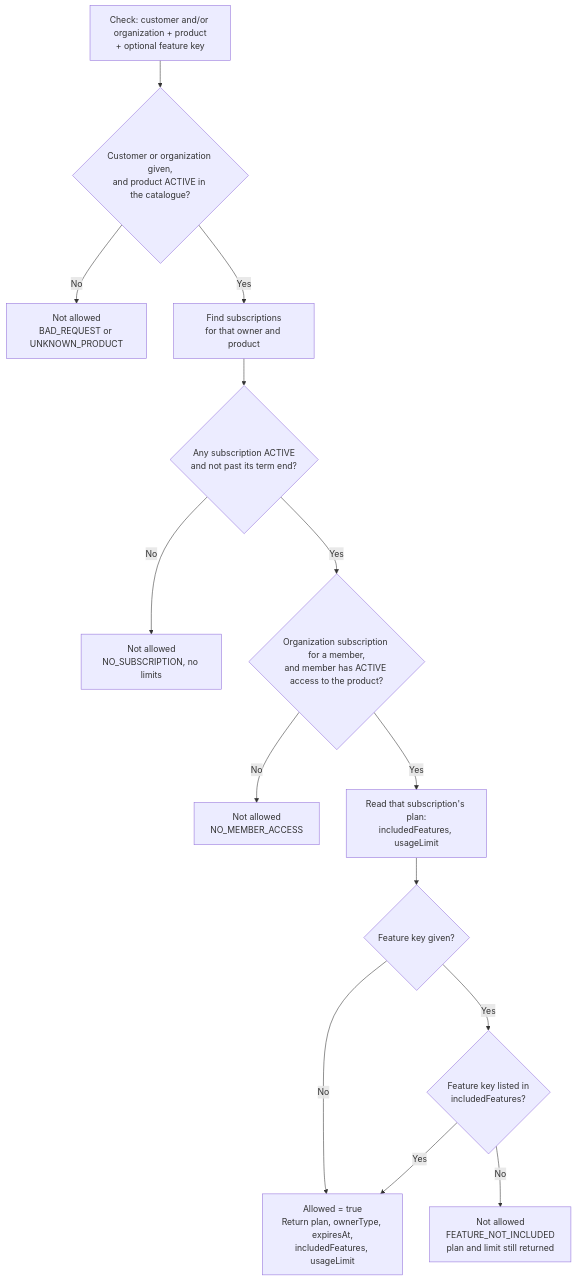
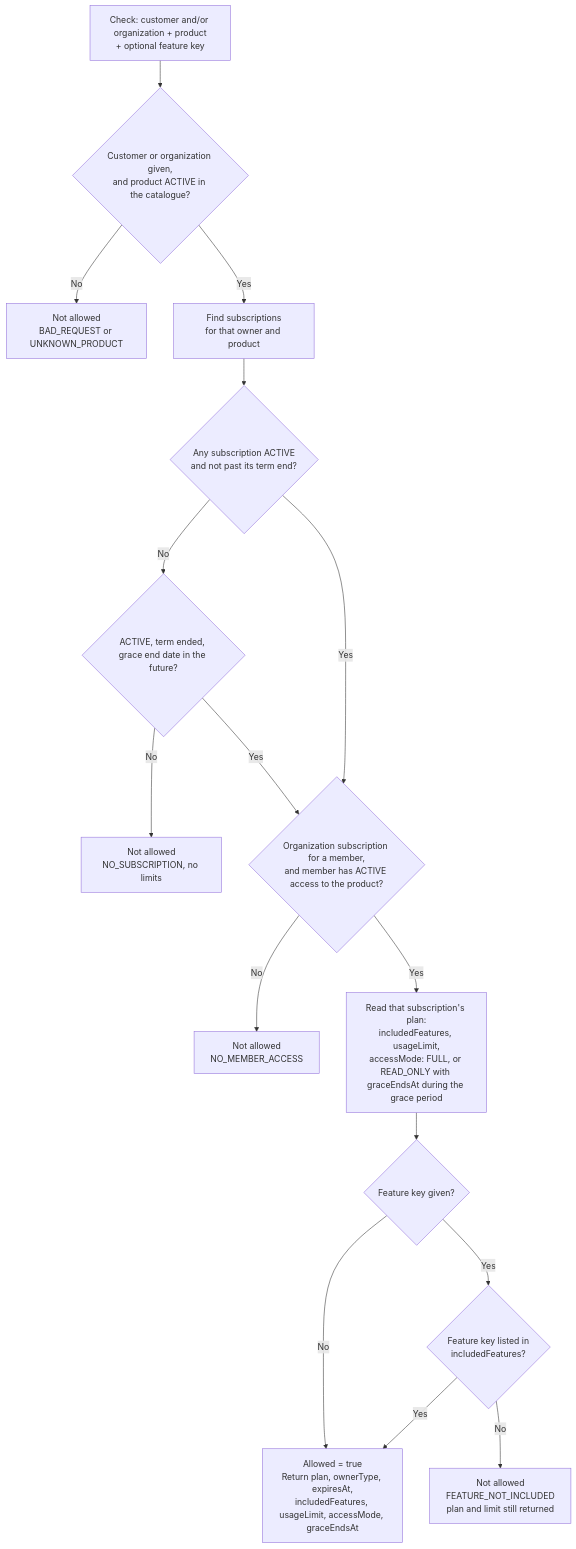
The first of 2 diagrams in docs/02-requirements/FRD/entitlements/workflow.md (evyoog/Enterprise-Intelligence-Suite), drawn with Mermaid before and after one commit. The commit also changed 82 other files, not shown here.

````diff
--- a/docs/02-requirements/FRD/entitlements/workflow.md
+++ b/docs/02-requirements/FRD/entitlements/workflow.md
@@ -4,16 +4,18 @@
 ```mermaid
 flowchart TD
     A[Check: customer and/or organization + product<br/>+ optional feature key] --> A1{Customer or organization given,<br/>and product ACTIVE in the catalogue?}
     A1 -- No --> X[Not allowed<br/>BAD_REQUEST or UNKNOWN_PRODUCT]
     A1 -- Yes --> B[Find subscriptions<br/>for that owner and product]
     B --> C{Any subscription ACTIVE<br/>and not past its term end?}
-    C -- No --> D[Not allowed<br/>NO_SUBSCRIPTION, no limits]
+    C -- No --> C2{ACTIVE, term ended, grace end date in the future?}
+    C2 -- No --> D[Not allowed<br/>NO_SUBSCRIPTION, no limits]
+    C2 -- Yes --> M
     C -- Yes --> M{Organization subscription for a member,<br/>and member has ACTIVE access to the product?}
     M -- No --> N[Not allowed<br/>NO_MEMBER_ACCESS]
-    M -- Yes --> E[Read that subscription's plan:<br/>includedFeatures, usageLimit]
+    M -- Yes --> E[Read that subscription's plan:<br/>includedFeatures, usageLimit,<br/>accessMode: FULL, or READ_ONLY with graceEndsAt during the grace period]
     E --> F{Feature key given?}
-    F -- No --> G[Allowed = true<br/>Return plan, ownerType, expiresAt,<br/>includedFeatures, usageLimit]
+    F -- No --> G[Allowed = true<br/>Return plan, ownerType, expiresAt,<br/>includedFeatures, usageLimit, accessMode, graceEndsAt]
     F -- Yes --> H{Feature key listed in<br/>includedFeatures?}
     H -- Yes --> G
     H -- No --> I[Not allowed<br/>FEATURE_NOT_INCLUDED<br/>plan and limit still returned]
 ```
````
